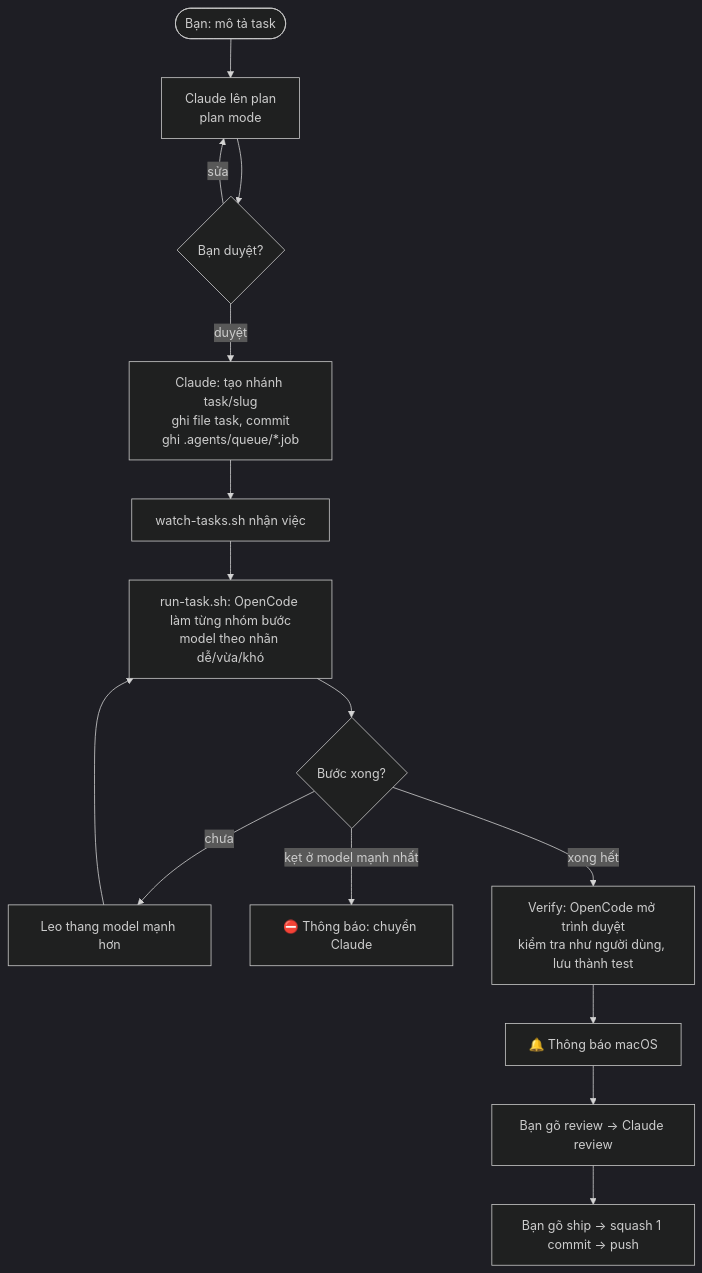
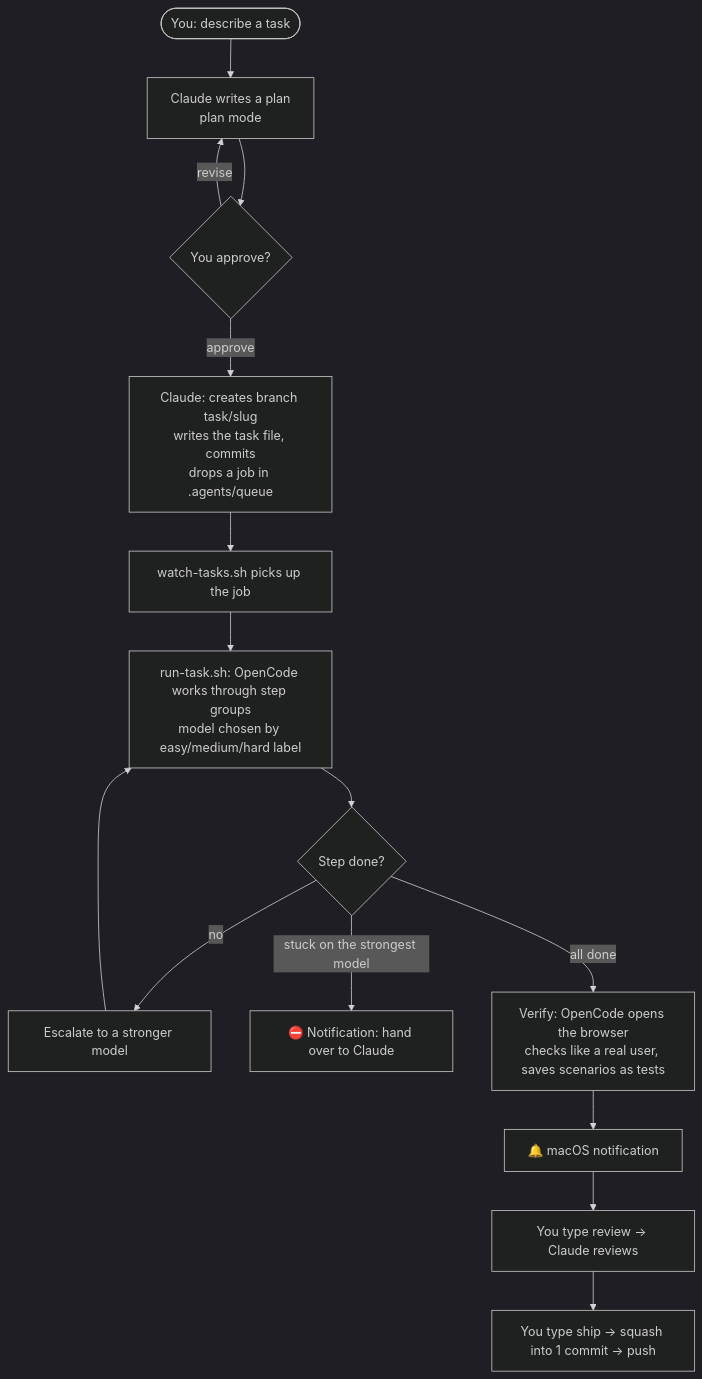
Before and after one commit to trgianghuynh1808/claude-opencode-agentic-kit: the diagram in README.md, drawn with Mermaid (dark theme). The commit also changed other lines of this file, not shown here.

````diff
--- a/README.md
+++ b/README.md
@@ -38,17 +37,17 @@
 ```mermaid
 flowchart TD
-    U([Bạn: mô tả task]) --> P[Claude lên plan<br/>plan mode]
-    P --> A{Bạn duyệt?}
-    A -- sửa --> P
-    A -- duyệt --> H[Claude: tạo nhánh task/slug<br/>ghi file task, commit<br/>ghi .agents/queue/*.job]
-    H --> W[watch-tasks.sh nhận việc]
-    W --> R[run-task.sh: OpenCode làm từng nhóm bước<br/>model theo nhãn dễ/vừa/khó]
-    R --> T{Bước xong?}
-    T -- chưa --> E[Leo thang model mạnh hơn]
+    U([You: describe a task]) --> P[Claude writes a plan<br/>plan mode]
+    P --> A{You approve?}
+    A -- revise --> P
+    A -- approve --> H[Claude: creates branch task/slug<br/>writes the task file, commits<br/>drops a job in .agents/queue]
+    H --> W[watch-tasks.sh picks up the job]
+    W --> R[run-task.sh: OpenCode works through step groups<br/>model chosen by easy/medium/hard label]
+    R --> T{Step done?}
+    T -- no --> E[Escalate to a stronger model]
     E --> R
-    T -- kẹt ở model mạnh nhất --> K[⛔ Thông báo: chuyển Claude]
-    T -- xong hết --> V[Verify: OpenCode mở trình duyệt<br/>kiểm tra như người dùng, lưu thành test]
-    V --> N[🔔 Thông báo macOS]
-    N --> RV[Bạn gõ review → Claude review]
-    RV --> S[Bạn gõ ship → squash 1 commit → push]
+    T -- stuck on the strongest model --> K[⛔ Notification: hand over to Claude]
+    T -- all done --> V[Verify: OpenCode opens the browser<br/>checks like a real user, saves scenarios as tests]
+    V --> N[🔔 macOS notification]
+    N --> RV[You type review → Claude reviews]
+    RV --> S[You type ship → squash into 1 commit → push]
 ```
````
